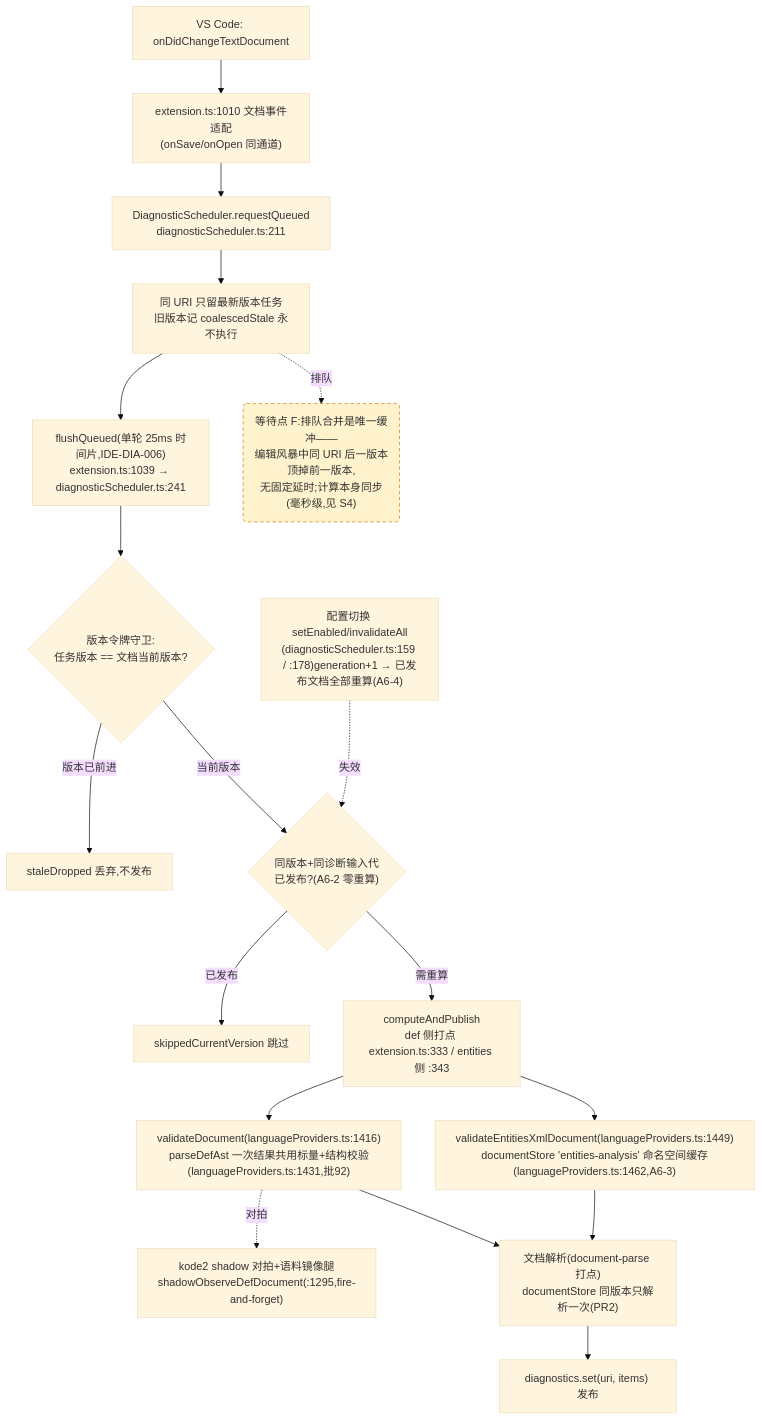
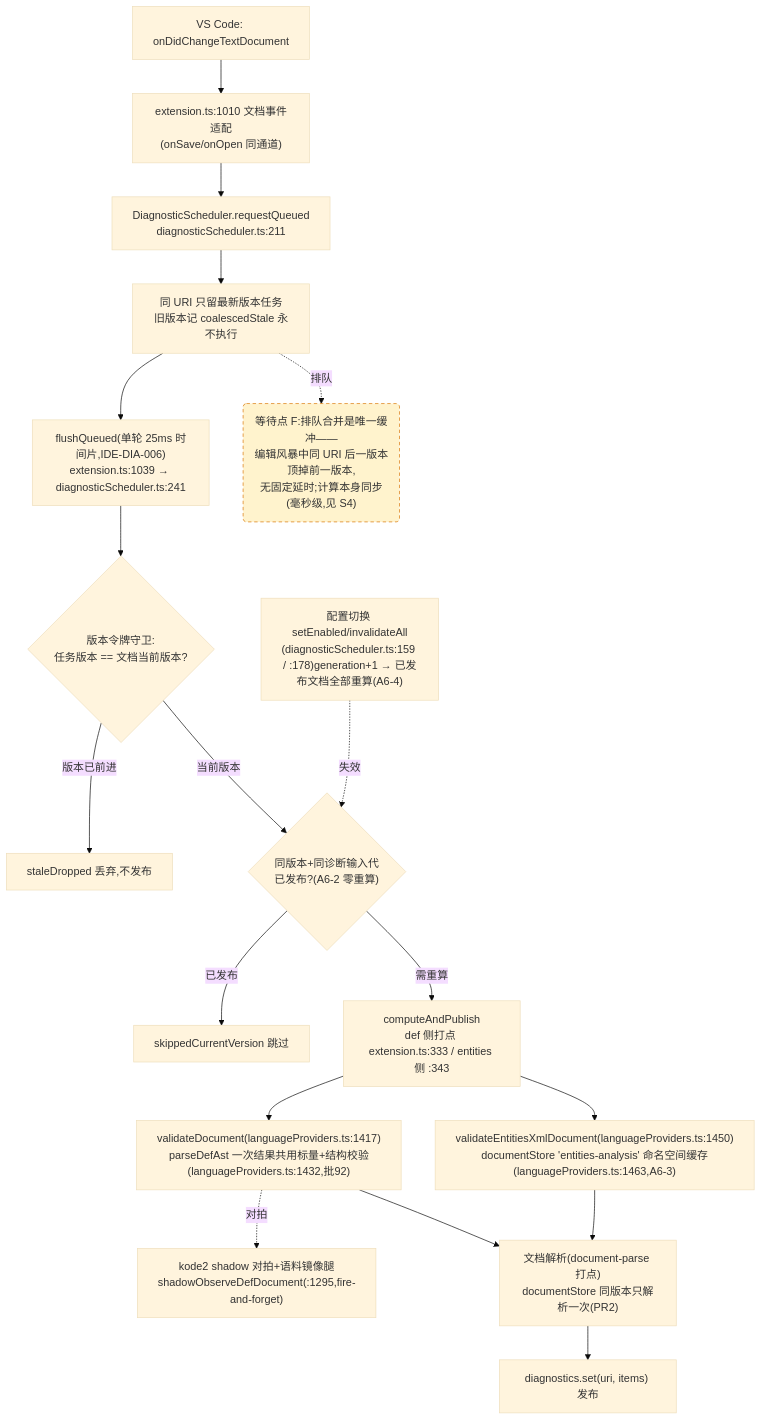
One commit to cuihairu/kode changed the fourth of 4 diagrams in docs/perf/2026-baseline.md. Above: the diagram before and after it, drawn with Mermaid (base theme). The commit also changed other lines of this file and 6 other files, not shown here.

````diff
--- a/docs/perf/2026-baseline.md
+++ b/docs/perf/2026-baseline.md
@@ -214,38 +214,38 @@
 ```mermaid
 flowchart TD
   CHG["VS Code: onDidChangeTextDocument"]
   WATCH["extension.ts:1010 文档事件适配<br/>(onSave/onOpen 同通道)"]
   RQ["DiagnosticScheduler.requestQueued<br/>diagnosticScheduler.ts:211"]
   CO["同 URI 只留最新版本任务<br/>旧版本记 coalescedStale 永不执行"]
   FL["flushQueued(单轮 25ms 时间片,IDE-DIA-006)<br/>extension.ts:1039 → diagnosticScheduler.ts:241"]
   VG{"版本令牌守卫:<br/>任务版本 == 文档当前版本?"}
   DROP["staleDropped 丢弃,不发布"]
   GEN{"同版本+同诊断输入代<br/>已发布?(A6-2 零重算)"}
   SKIP["skippedCurrentVersion 跳过"]
   CALC["computeAndPublish<br/>def 侧打点 extension.ts:333 / entities 侧 :343"]
-  VD["validateDocument(languageProviders.ts:1416)<br/>parseDefAst 一次结果共用标量+结构校验(languageProviders.ts:1431,批92)"]
-  VEX["validateEntitiesXmlDocument(languageProviders.ts:1449)<br/>documentStore 'entities-analysis' 命名空间缓存(languageProviders.ts:1462,A6-3)"]
+  VD["validateDocument(languageProviders.ts:1417)<br/>parseDefAst 一次结果共用标量+结构校验(languageProviders.ts:1432,批92)"]
+  VEX["validateEntitiesXmlDocument(languageProviders.ts:1450)<br/>documentStore 'entities-analysis' 命名空间缓存(languageProviders.ts:1463,A6-3)"]
   SHDD["kode2 shadow 对拍+语料镜像腿<br/>shadowObserveDefDocument(:1295,fire-and-forget)"]
   DS["文档解析(document-parse 打点)<br/>documentStore 同版本只解析一次(PR2)"]
   PUB["diagnostics.set(uri, items) 发布"]
   CFG2["配置切换 setEnabled/invalidateAll<br/>(diagnosticScheduler.ts:159 / :178)generation+1 → 已发布文档全部重算(A6-4)"]
 
   CHG --> WATCH --> RQ --> CO --> FL --> VG
   VG -- "版本已前进" --> DROP
   VG -- "当前版本" --> GEN
   GEN -- "已发布" --> SKIP
   GEN -- "需重算" --> CALC
   CALC --> VD
   CALC --> VEX
   VD --> DS
   VEX --> DS
   DS --> PUB
   VD -.->|对拍| SHDD
   CFG2 -.->|失效| GEN
 
   WAITF("等待点 F:排队合并是唯一缓冲——<br/>编辑风暴中同 URI 后一版本顶掉前一版本,<br/>无固定延时;计算本身同步(毫秒级,见 S4)")
   CO -.->|排队| WAITF
 
   classDef waitPoint fill:#fff3cd,stroke:#d97706,stroke-dasharray:5 4;
   class WAITF waitPoint;
 ```
````
